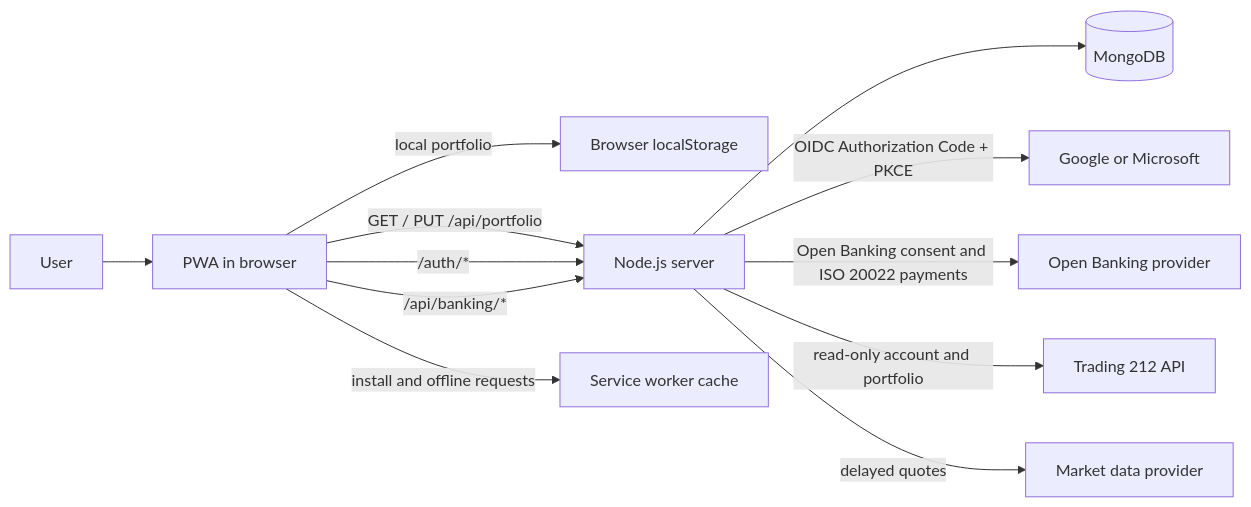
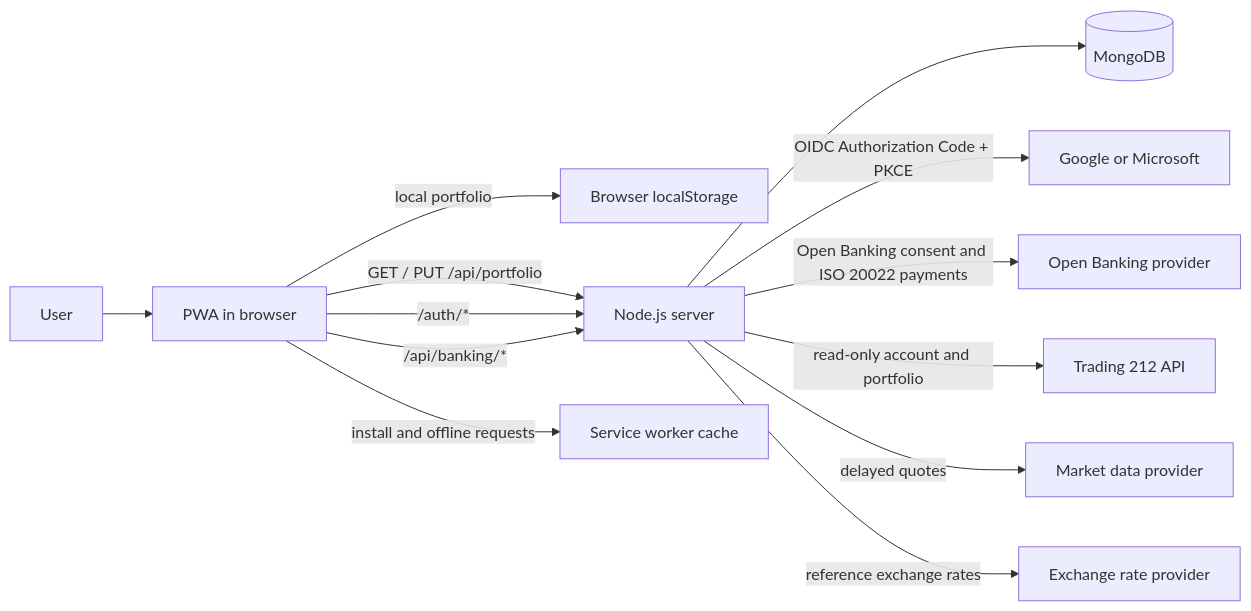
One commit to charles2ke/OpenTrading changed the first of 3 diagrams in docs/architecture.md. Above: the diagram before and after it, drawn with Mermaid. The commit also changed other lines of this file and 31 other files, not shown here.

Commit message:
Add live exchange-rate integration for transfers and /api/fx

````diff
--- a/docs/architecture.md
+++ b/docs/architecture.md
@@ -7,14 +7,15 @@
 ```mermaid
 flowchart LR
   User[User] --> Browser[PWA in browser]
   Browser -->|local portfolio| LocalStorage[Browser localStorage]
   Browser -->|GET / PUT /api/portfolio| Server[Node.js server]
   Browser -->|/auth/*| Server
   Browser -->|install and offline requests| SW[Service worker cache]
   Browser -->|/api/banking/*| Server
   Server --> MongoDB[(MongoDB)]
   Server -->|OIDC Authorization Code + PKCE| IdP[Google or Microsoft]
   Server -->|Open Banking consent and ISO 20022 payments| Bank[Open Banking provider]
   Server -->|read-only account and portfolio| Broker[Trading 212 API]
   Server -->|delayed quotes| MarketData[Market data provider]
+  Server -->|reference exchange rates| Fx[Exchange rate provider]
 ```
````
